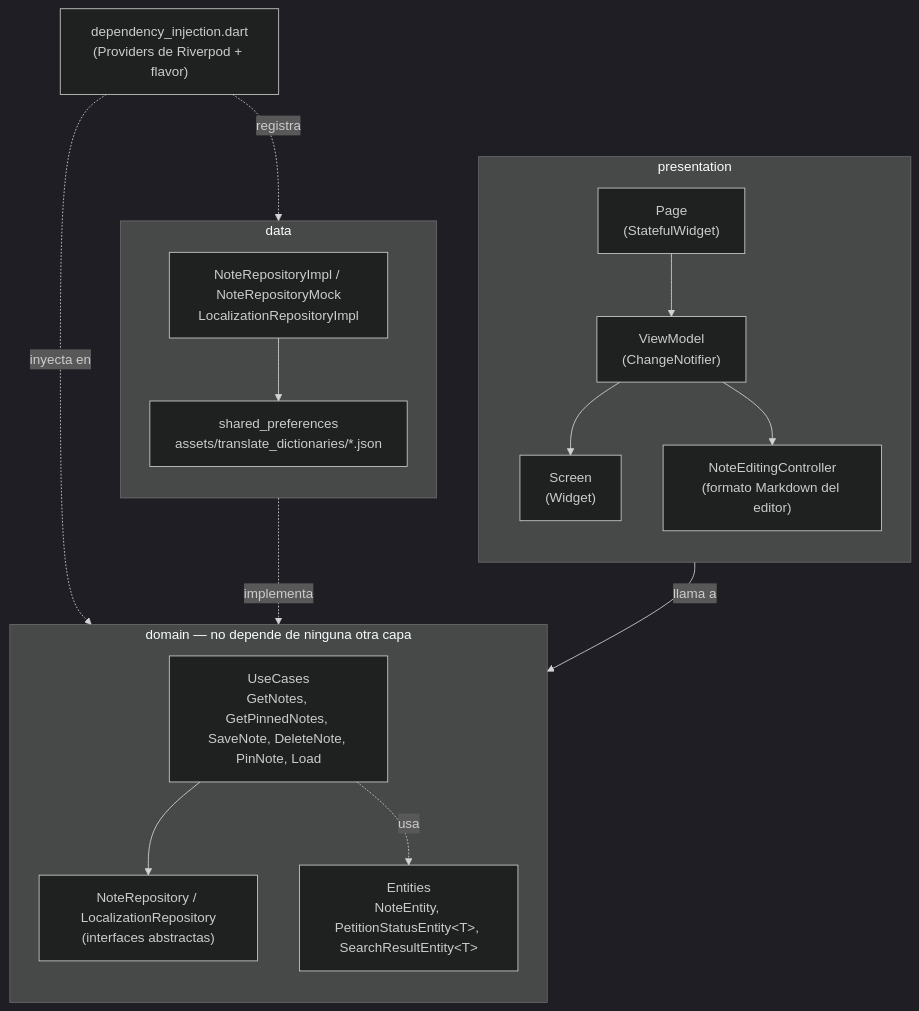
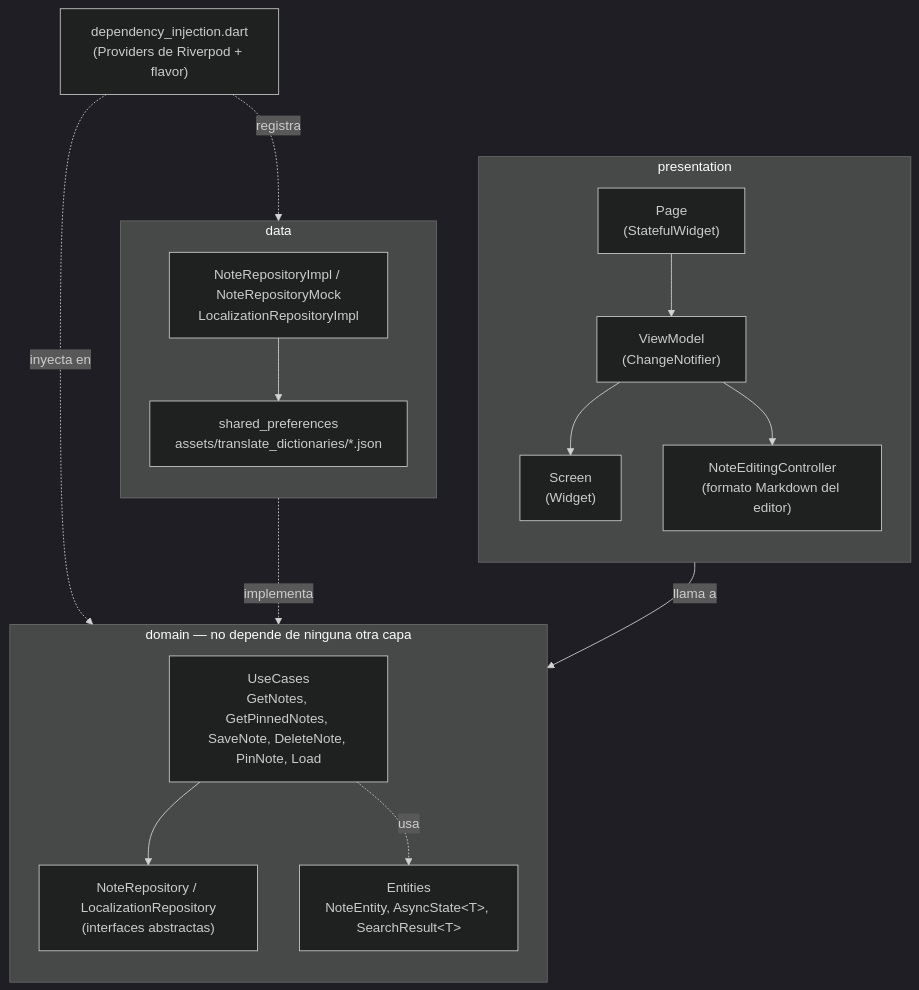
Before and after one commit to marlonc98/pragma_road_1: the diagram in README.md, drawn with Mermaid (dark theme). The commit also changed other lines of this file, not shown here.

Commit message:
docs (comment about comments, PetitionsStatusEntity -> AsyncState)

````diff
--- a/README.md
+++ b/README.md
@@ -91,34 +91,34 @@
 ```mermaid
 flowchart TB
     subgraph Presentation["presentation"]
         direction TB
         Page["Page<br/>(StatefulWidget)"]
         VM["ViewModel<br/>(ChangeNotifier)"]
         Screen["Screen<br/>(Widget)"]
         Controller["NoteEditingController<br/>(formato Markdown del editor)"]
         Page --> VM --> Screen
         VM --> Controller
     end
 
     subgraph Domain["domain — no depende de ninguna otra capa"]
         direction TB
         UseCase["UseCases<br/>GetNotes, GetPinnedNotes, SaveNote, DeleteNote, PinNote, Load"]
         RepoI["NoteRepository / LocalizationRepository<br/>(interfaces abstractas)"]
-        Entities["Entities<br/>NoteEntity, PetitionStatusEntity&lt;T&gt;, SearchResultEntity&lt;T&gt;"]
+        Entities["Entities<br/>NoteEntity, AsyncState&lt;T&gt;, SearchResult&lt;T&gt;"]
         UseCase --> RepoI
         UseCase -.->|usa| Entities
     end
 
     subgraph Data["data"]
         direction TB
         RepoImpl["NoteRepositoryImpl / NoteRepositoryMock<br/>LocalizationRepositoryImpl"]
         Sources["shared_preferences<br/>assets/translate_dictionaries/*.json"]
         RepoImpl --> Sources
     end
 
     VM -->|llama a| UseCase
     RepoImpl -.->|implementa| RepoI
 
     DI["dependency_injection.dart<br/>(Providers de Riverpod + flavor)"] -.->|registra| RepoImpl
     DI -.->|inyecta en| UseCase
 ```
````
